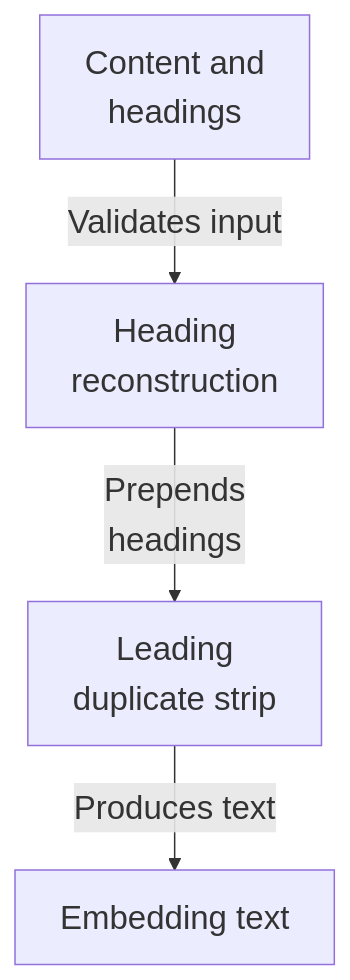
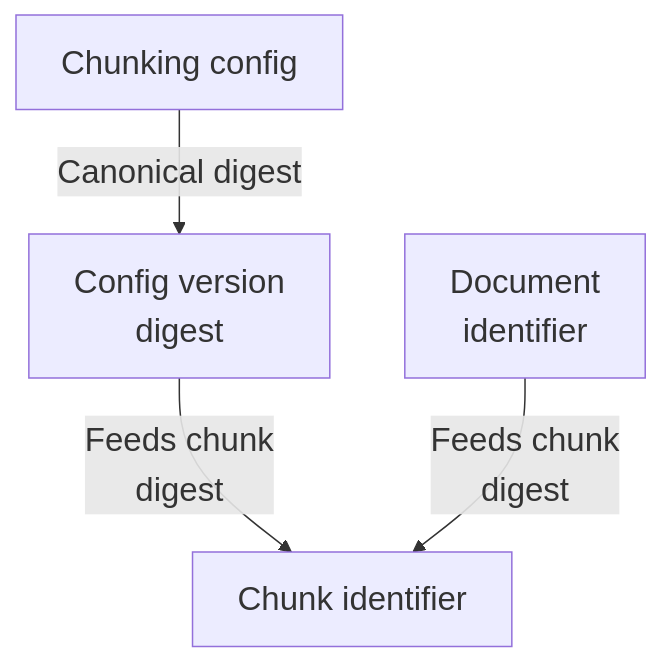
One commit to Justin-Mendoza/Afterclass changed the diagram in maps/ingestion/diagram-04.mmd. Above: the diagram before and after it, drawn with Mermaid. The commit also changed 83 other files, not shown here.

```diff
--- a/maps/ingestion/diagram-04.mmd
+++ b/maps/ingestion/diagram-04.mmd
@@ -1,9 +1,9 @@
 %%{init: {"themeVariables": {"fontSize": "22px"}}}%%
 flowchart TD
-  n0["Content and<br/>headings"]
-  n1["Heading<br/>reconstruction"]
-  n2["Leading<br/>duplicate strip"]
-  n3["Embedding text"]
-  n0 -->|"Validates input"| n1
-  n1 -->|"Prepends<br/>headings"| n2
-  n2 -->|"Produces text"| n3
+  n0["Chunking config"]
+  n1["Config version<br/>digest"]
+  n2["Chunk identifier"]
+  n3["Document<br/>identifier"]
+  n0 -->|"Canonical digest"| n1
+  n1 -->|"Feeds chunk<br/>digest"| n2
+  n3 -->|"Feeds chunk<br/>digest"| n2
```
